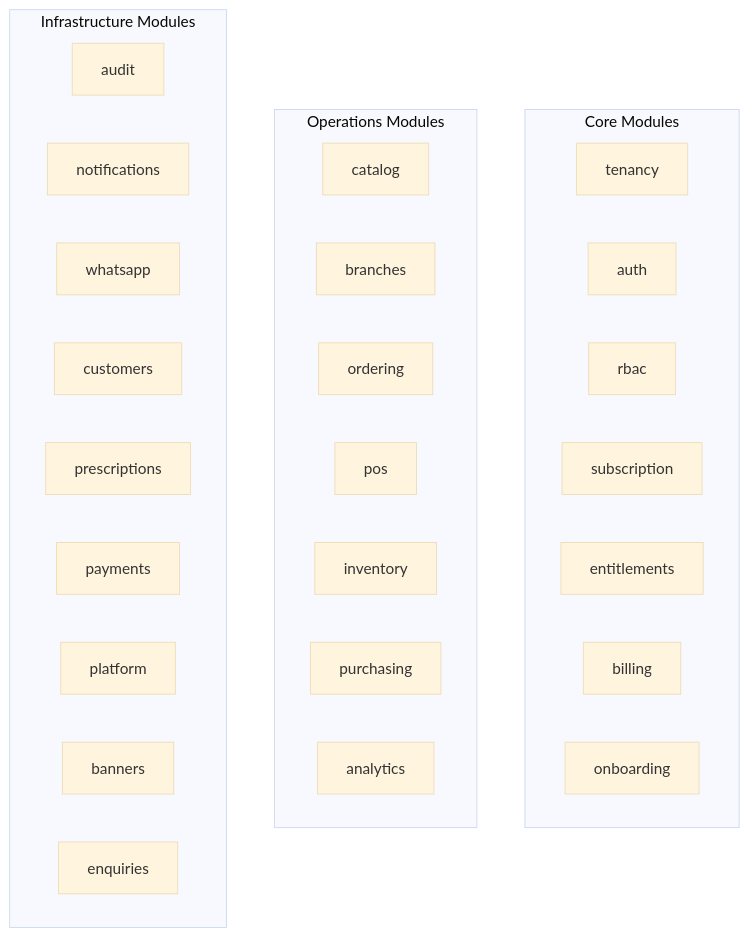
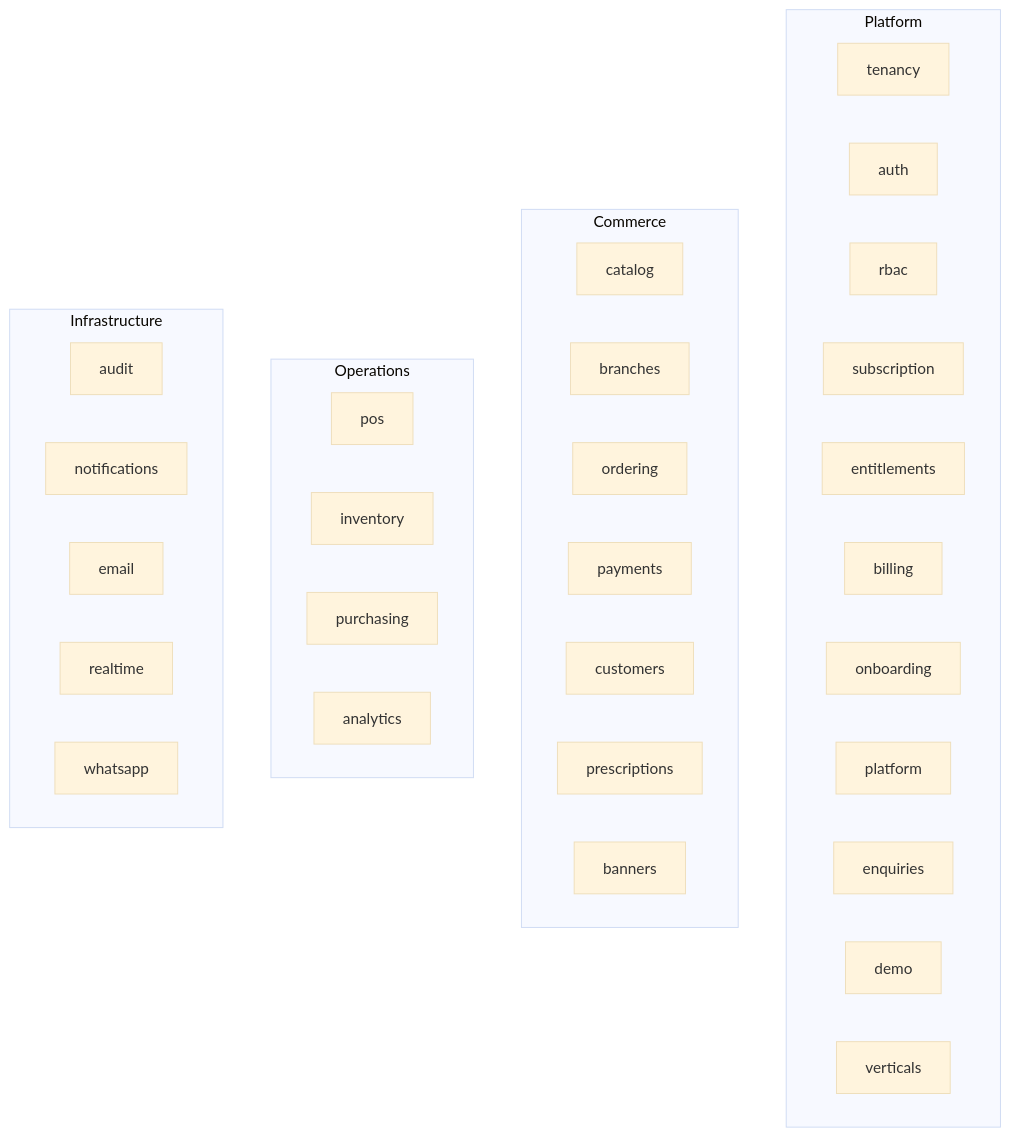
The third of 4 diagrams in docs/architecture/overview.md (Ai-NativeLab/ServeOs), drawn with Mermaid (base theme) before and after one commit. The commit also changed other lines of this file, not shown here.

First line of the commit message:
docs(architecture): correct routing, modules, integrations and deploy facts

````diff
--- a/docs/architecture/overview.md
+++ b/docs/architecture/overview.md
@@ -97,34 +80,15 @@
 ```mermaid
 graph TD
-    subgraph Core Modules
-        Tenancy[tenancy]
-        Auth[auth]
-        RBAC[rbac]
-        Subscription[subscription]
-        Entitlements[entitlements]
-        Billing[billing]
-        Onboarding[onboarding]
+    subgraph Platform
+        tenancy; auth; rbac; subscription; entitlements; billing; onboarding; platform; enquiries; demo; verticals
     end
-
-    subgraph Operations Modules
-        Catalog[catalog]
-        Branches[branches]
-        Ordering[ordering]
-        POS[pos]
-        Inventory[inventory]
-        Purchasing[purchasing]
-        Analytics[analytics]
+    subgraph Commerce
+        catalog; branches; ordering; payments; customers; prescriptions; banners
     end
-
-    subgraph Infrastructure Modules
-        Audit[audit]
-        Notifications[notifications]
-        WhatsApp[whatsapp]
-        Customers[customers]
-        Prescriptions[prescriptions]
-        Payments[payments]
-        Platform[platform]
-        Banners[banners]
-        Enquiries[enquiries]
+    subgraph Operations
+        pos; inventory; purchasing; analytics
+    end
+    subgraph Infrastructure
+        audit; notifications; email; realtime; whatsapp
     end
 ```
````
